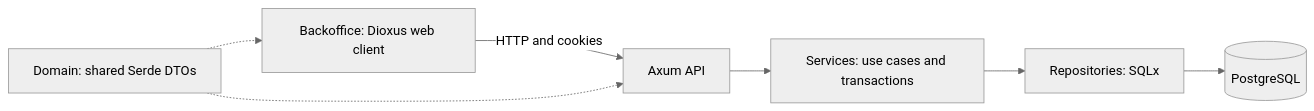
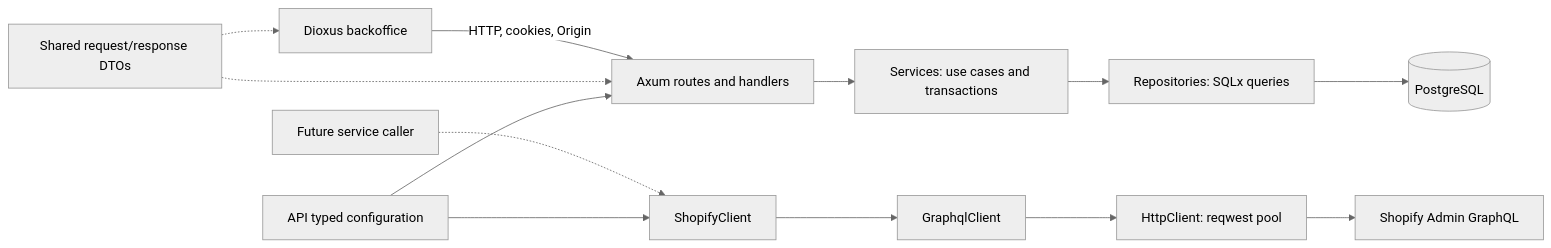
One commit to enzumeii/monolith changed the first of 3 diagrams in docs/architecture.md. Above: the diagram before and after it, drawn with Mermaid (neutral theme). The commit also changed other lines of this file and 4 other files, not shown here.

````diff
--- a/docs/architecture.md
+++ b/docs/architecture.md
@@ -11,9 +7,15 @@
 ```mermaid
 flowchart LR
-    UI["Backoffice: Dioxus web client"] -->|"HTTP and cookies"| API["Axum API"]
+    UI["Dioxus backoffice"] -->|"HTTP, cookies, Origin"| API["Axum routes and handlers"]
     API --> SERVICES["Services: use cases and transactions"]
-    SERVICES --> REPO["Repositories: SQLx"]
+    SERVICES --> REPO["Repositories: SQLx queries"]
     REPO --> DB[("PostgreSQL")]
-    DOMAIN["Domain: shared Serde DTOs"] -.-> UI
+    DOMAIN["Shared request/response DTOs"] -.-> UI
     DOMAIN -.-> API
+    CALLER["Future service caller"] -.-> SHOPIFY["ShopifyClient"]
+    SHOPIFY --> GQL["GraphqlClient"]
+    GQL --> HTTP["HttpClient: reqwest pool"]
+    HTTP --> REMOTE["Shopify Admin GraphQL"]
+    CONFIG["API typed configuration"] --> API
+    CONFIG --> SHOPIFY
 ```
````
